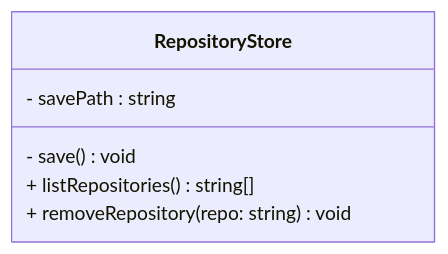
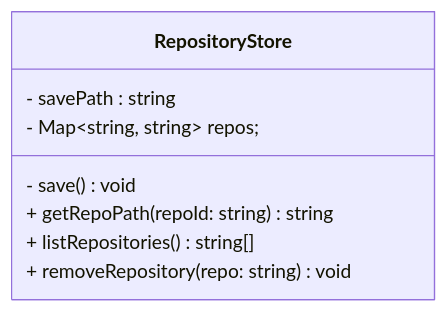
Before and after one commit to devAhmedMustafa/SplitDesktop: the diagram in src/lib/features/repos/init.classes.mermaid, drawn with Mermaid. The commit also changed 4 other files, not shown here.

```diff
--- a/src/lib/features/repos/init.classes.mermaid
+++ b/src/lib/features/repos/init.classes.mermaid
@@ -1,9 +1,12 @@
 classDiagram
 
     class RepositoryStore {
         - savePath : string
         
         - save() void
+        - Map~string, string~ repos;
+
+        + getRepoPath(repoId: string) string
         + listRepositories() string[]
         + removeRepository(repo: string) void
     } 
```
